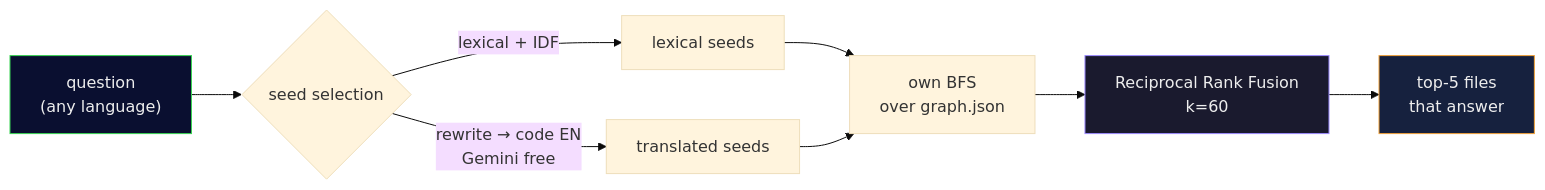
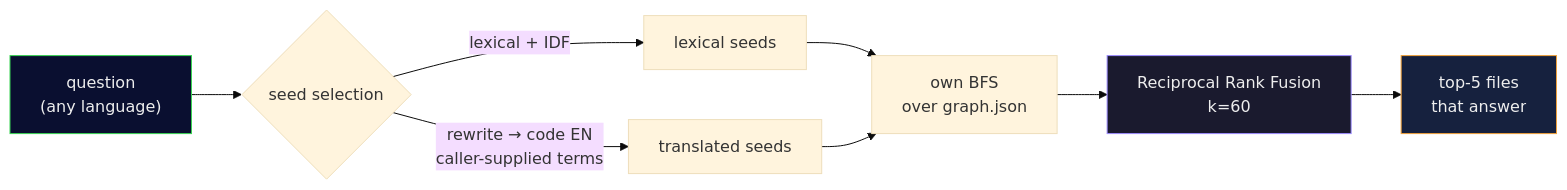
The diagram in README.en.md (kamusmg/cerebro-engine), drawn with Mermaid (base theme) before and after one commit. The commit also changed other lines of this file and 8 other files, not shown here.

````diff
--- a/README.en.md
+++ b/README.en.md
@@ -254,13 +254,13 @@
 ```mermaid
 flowchart LR
     Q["question<br/>(any language)"] --> S{seed selection}
     S -->|lexical + IDF| A[lexical seeds]
-    S -->|rewrite → code EN<br/>Gemini free| B[translated seeds]
+    S -->|rewrite → code EN<br/>caller-supplied terms| B[translated seeds]
     A --> BFS[own BFS<br/>over graph.json]
     B --> BFS
     BFS --> RRF["Reciprocal Rank Fusion<br/>k=60"]
     RRF --> C[top-5 files<br/>that answer]
     style Q fill:#0a0f30,stroke:#39d353,color:#eee
     style C fill:#16213e,stroke:#f0a13a,color:#eee
     style RRF fill:#1a1a2e,stroke:#9d8cff,color:#eee
 ```
````
